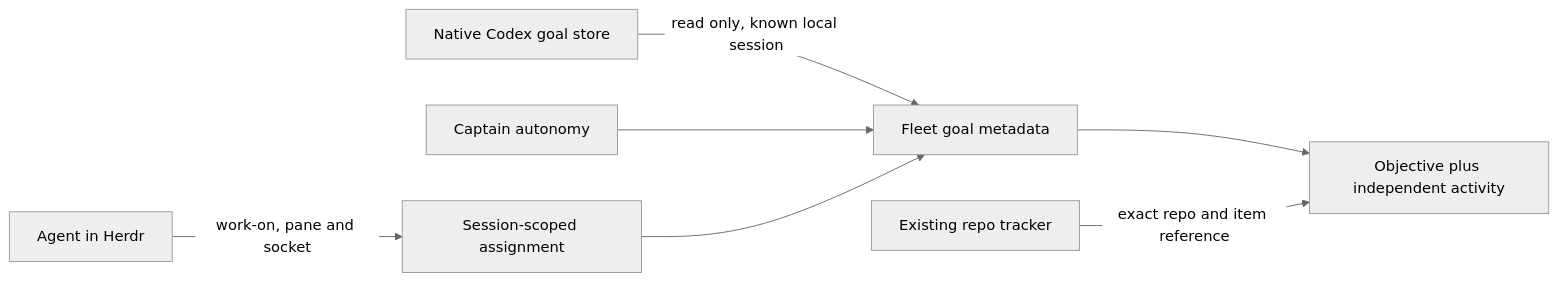
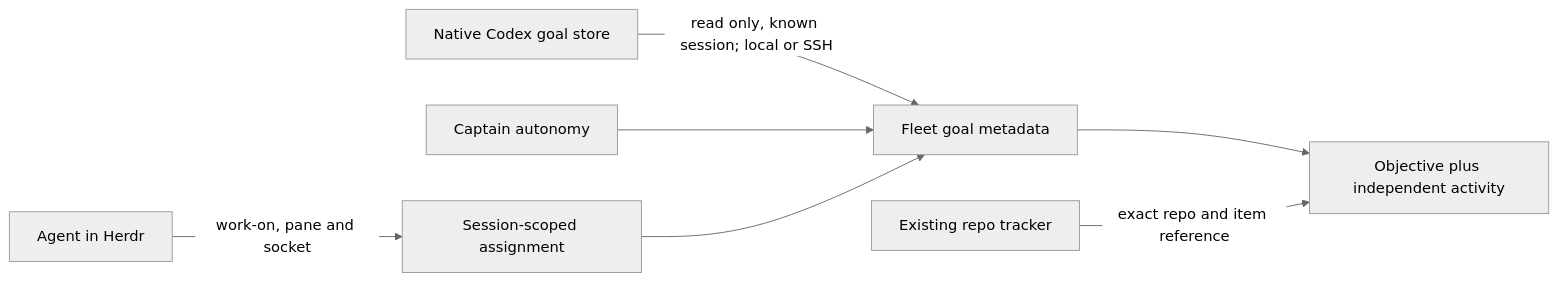
The diagram in docs/adr/0210-objectives-outlive-agent-turns.md (Volpestyle/clankie), drawn with Mermaid (neutral theme) before and after one commit. The commit also changed other lines of this file and 5 other files, not shown here.

Commit message:
feat(fleet): read linked Codex goals over existing SSH

````diff
--- a/docs/adr/0210-objectives-outlive-agent-turns.md
+++ b/docs/adr/0210-objectives-outlive-agent-turns.md
@@ -47,9 +55,9 @@
 ```mermaid
 flowchart LR
-  Codex[Native Codex goal store] -->|read only, known local session| Fleet[Fleet goal metadata]
+  Codex[Native Codex goal store] -->|read only, known session; local or SSH| Fleet[Fleet goal metadata]
   Captain[Captain autonomy] --> Fleet
   Agent[Agent in Herdr] -->|work-on, pane and socket| Assignment[Session-scoped assignment]
   Assignment --> Fleet
   Fleet --> App[Objective plus independent activity]
   Tracker[Existing repo tracker] -->|exact repo and item reference| App
 ```
````
